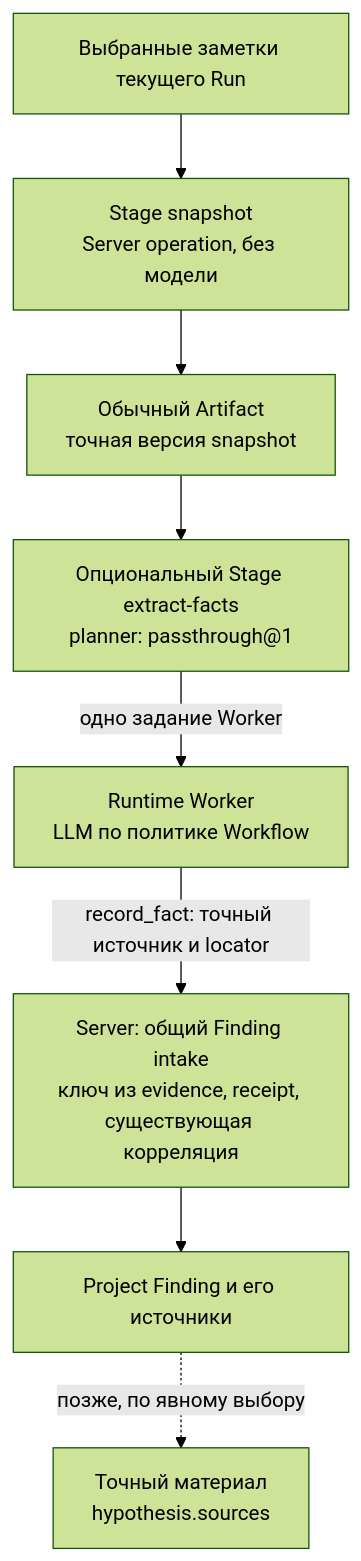
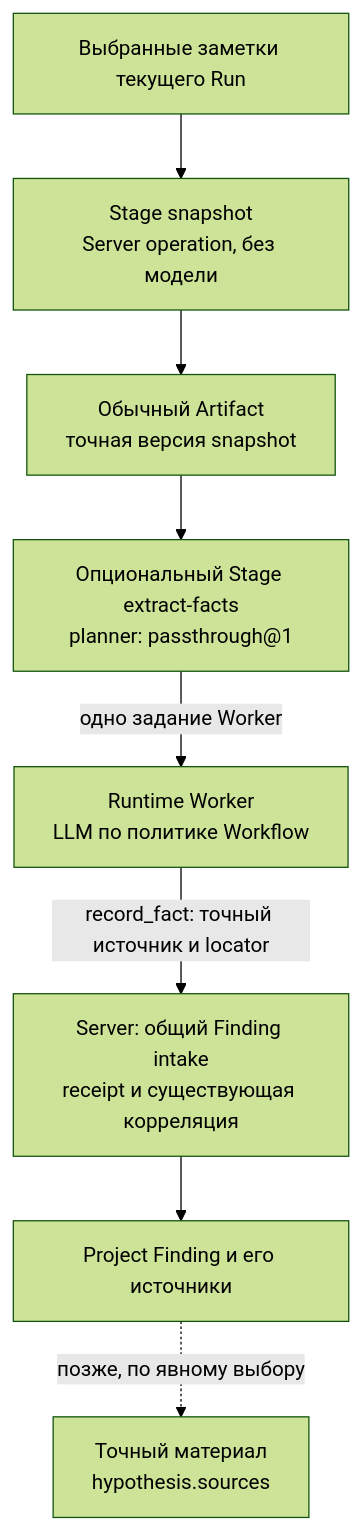
Before and after one commit to grauwolf32/contractor: the third of 6 diagrams in docs/proposals/0055-project-facts-through-findings.md, drawn with Mermaid (forest theme). The commit also changed other lines of this file and 8 other files, not shown here.

````diff
--- a/docs/proposals/0055-project-facts-through-findings.md
+++ b/docs/proposals/0055-project-facts-through-findings.md
@@ -134,10 +133,10 @@
 ```mermaid
 flowchart TD
     N["Выбранные заметки текущего Run"] --> S["Stage snapshot<br/>Server operation, без модели"]
     S --> A["Обычный Artifact<br/>точная версия snapshot"]
     A --> T["Опциональный Stage extract-facts<br/>planner: passthrough@1"]
     T -->|"одно задание Worker"| W["Runtime Worker<br/>LLM по политике Workflow"]
-    W -->|"record_fact: точный источник и locator"| F["Server: общий Finding intake<br/>ключ из evidence, receipt, существующая корреляция"]
+    W -->|"record_fact: точный источник и locator"| F["Server: общий Finding intake<br/>receipt и существующая корреляция"]
     F --> P["Project Finding и его источники"]
     P -.->|"позже, по явному выбору"| H["Точный материал<br/>hypothesis.sources"]
 ```
````
